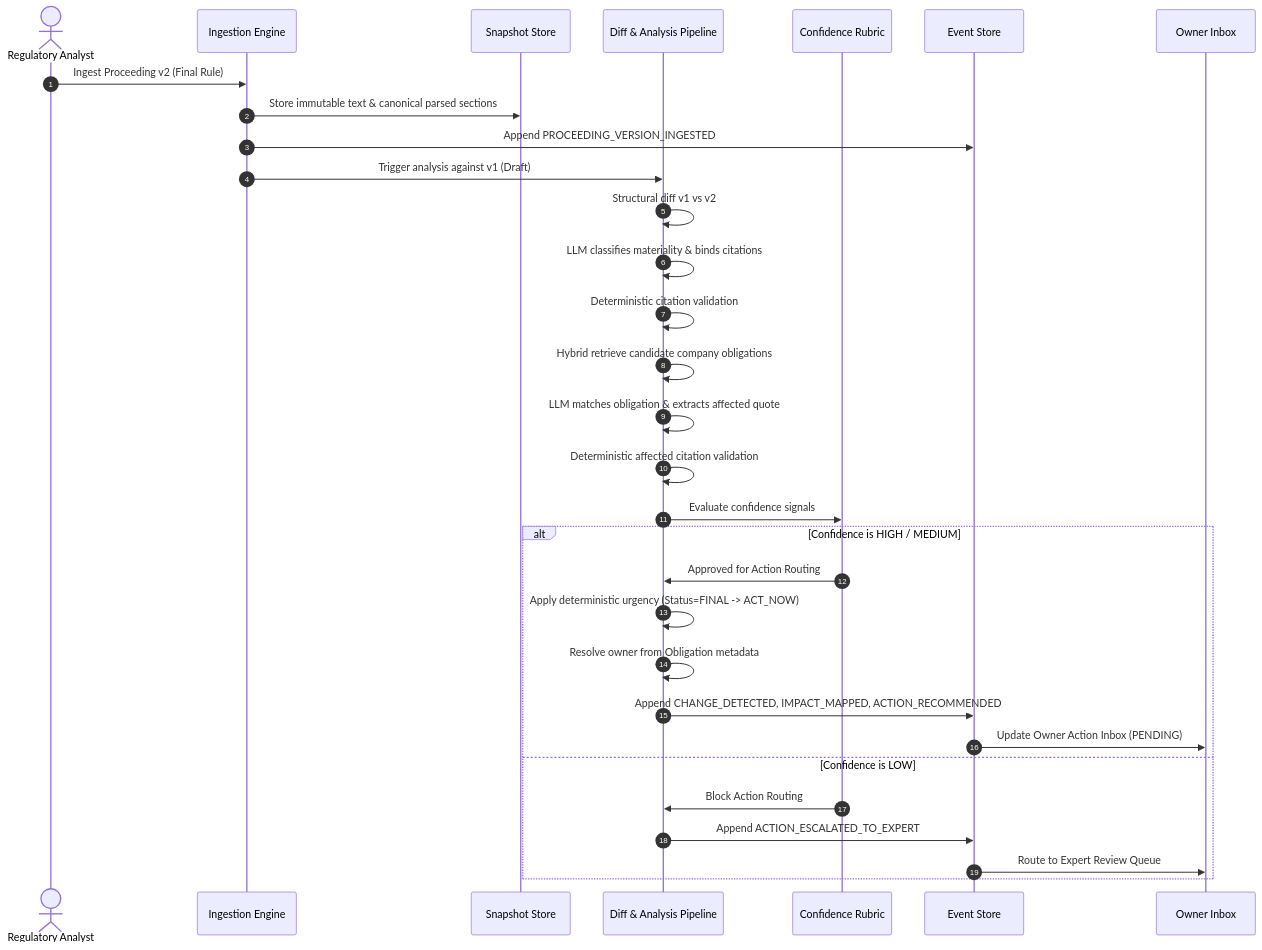
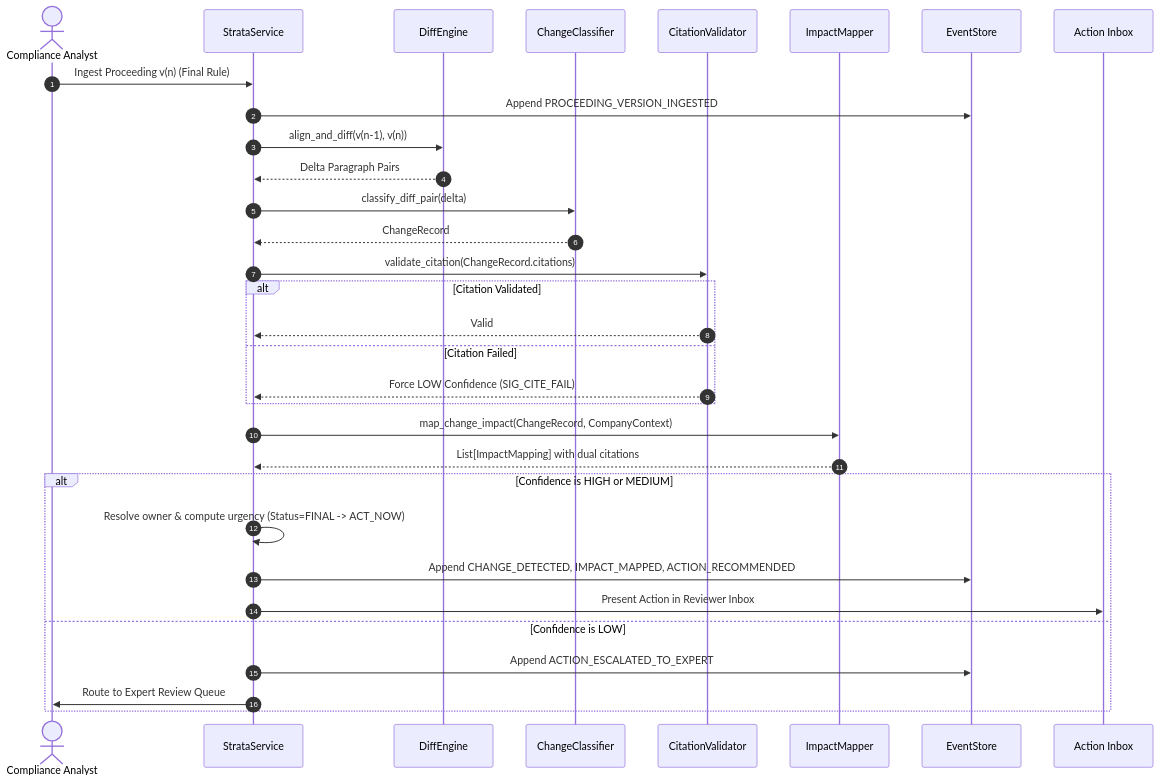
The second of 2 diagrams in Strata_TDD.md (msanvido/protostrata), drawn with Mermaid before and after one commit. The commit also changed other lines of this file, not shown here.

````diff
--- a/Strata_TDD.md
+++ b/Strata_TDD.md
@@ -784,36 +330,36 @@
 ```mermaid
 sequenceDiagram
     autonumber
-    actor Admin as Regulatory Analyst
-    participant Ingest as Ingestion Engine
-    participant Snap as Snapshot Store
-    participant Pipeline as Diff & Analysis Pipeline
-    participant Rubric as Confidence Rubric
-    participant ES as Event Store
-    participant Inbox as Owner Inbox
+    actor Reviewer as Compliance Analyst
+    participant Svc as StrataService
+    participant Diff as DiffEngine
+    participant Class as ChangeClassifier
+    participant Val as CitationValidator
+    participant Map as ImpactMapper
+    participant ES as EventStore
+    participant Inbox as Action Inbox
 
-    Admin->>Ingest: Ingest Proceeding v2 (Final Rule)
-    Ingest->>Snap: Store immutable text & canonical parsed sections
-    Ingest->>ES: Append PROCEEDING_VERSION_INGESTED
+    Reviewer->>Svc: Ingest Proceeding v(n) (Final Rule)
+    Svc->>ES: Append PROCEEDING_VERSION_INGESTED
+    Svc->>Diff: align_and_diff(v(n-1), v(n))
+    Diff-->>Svc: Delta Paragraph Pairs
+    Svc->>Class: classify_diff_pair(delta)
+    Class-->>Svc: ChangeRecord
+    Svc->>Val: validate_citation(ChangeRecord.citations)
+    alt Citation Validated
+        Val-->>Svc: Valid
+    else Citation Failed
+        Val-->>Svc: Force LOW Confidence (SIG_CITE_FAIL)
+    end
+    Svc->>Map: map_change_impact(ChangeRecord, CompanyContext)
+    Map-->>Svc: List[ImpactMapping] with dual citations
     
-    Ingest->>Pipeline: Trigger analysis against v1 (Draft)
-    Pipeline->>Pipeline: Structural diff v1 vs v2
-    Pipeline->>Pipeline: LLM classifies materiality & binds citations
-    Pipeline->>Pipeline: Deterministic citation validation
-    Pipeline->>Pipeline: Hybrid retrieve candidate company obligations
-    Pipeline->>Pipeline: LLM matches obligation & extracts affected quote
-    Pipeline->>Pipeline: Deterministic affected citation validation
-    
-    Pipeline->>Rubric: Evaluate confidence signals
-    alt Confidence is HIGH / MEDIUM
-        Rubric->>Pipeline: Approved for Action Routing
-        Pipeline->>Pipeline: Apply deterministic urgency (Status=FINAL -> ACT_NOW)
-        Pipeline->>Pipeline: Resolve owner from Obligation metadata
-        Pipeline->>ES: Append CHANGE_DETECTED, IMPACT_MAPPED, ACTION_RECOMMENDED
-        ES->>Inbox: Update Owner Action Inbox (PENDING)
+    alt Confidence is HIGH or MEDIUM
+        Svc->>Svc: Resolve owner & compute urgency (Status=FINAL -> ACT_NOW)
+        Svc->>ES: Append CHANGE_DETECTED, IMPACT_MAPPED, ACTION_RECOMMENDED
+        Svc->>Inbox: Present Action in Reviewer Inbox
     else Confidence is LOW
-        Rubric->>Pipeline: Block Action Routing
-        Pipeline->>ES: Append ACTION_ESCALATED_TO_EXPERT
-        ES->>Inbox: Route to Expert Review Queue
+        Svc->>ES: Append ACTION_ESCALATED_TO_EXPERT
+        Svc->>Reviewer: Route to Expert Review Queue
     end
 ```
````
